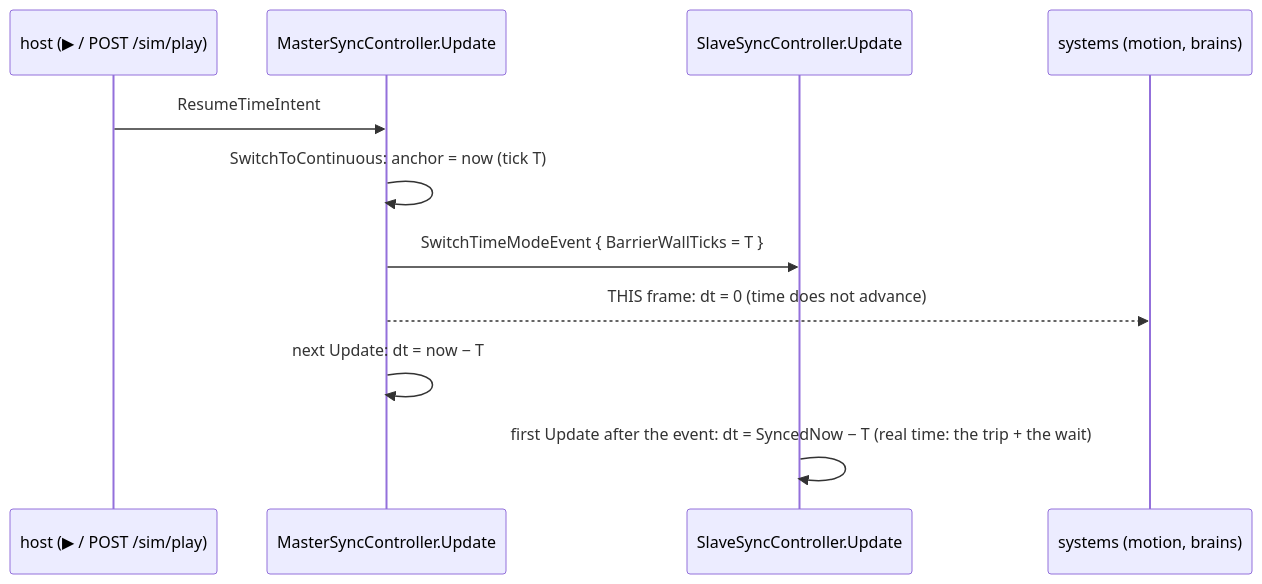
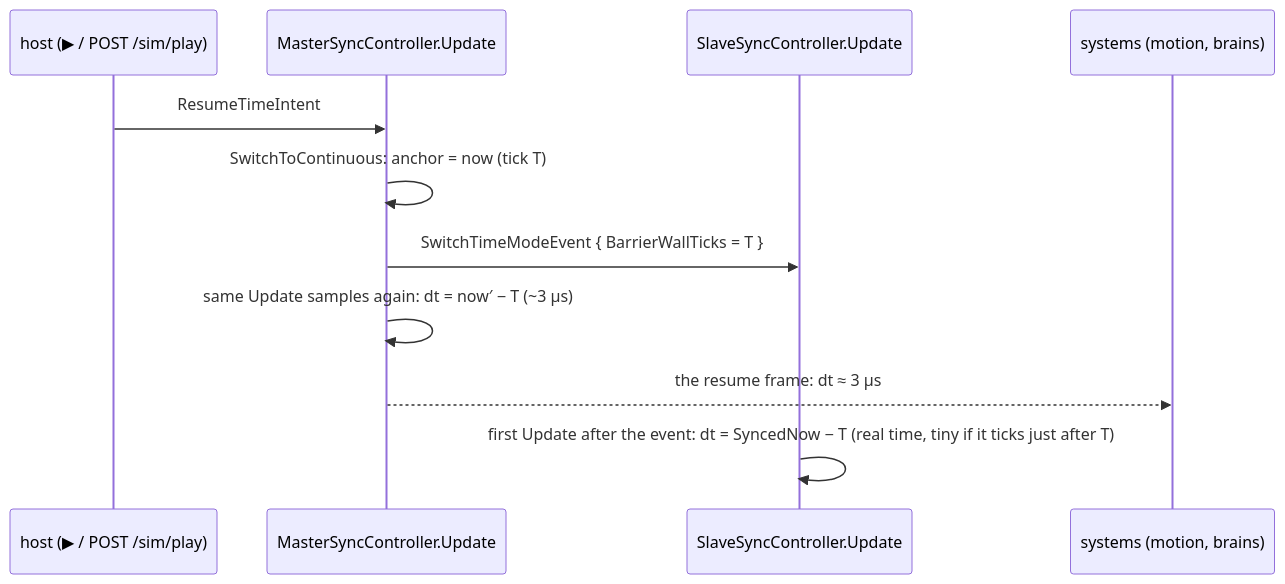
Diagram 27 of 27 in docs/blueprints/DESIGN_Time_Architecture.md (pjanec/HROT), drawn with Mermaid before and after one commit. The commit also changed other lines of this file and 3 other files, not shown here.

First line of the commit message:
CE-11057: revert the master clock's resume-frame change; park it as CE-4689 / CE-4690

````diff
--- a/docs/blueprints/DESIGN_Time_Architecture.md
+++ b/docs/blueprints/DESIGN_Time_Architecture.md
@@ -1868,13 +1868,13 @@
 ```mermaid
 sequenceDiagram
   participant H as host (▶ / POST /sim/play)
   participant M as MasterSyncController.Update
   participant S as SlaveSyncController.Update
   participant W as systems (motion, brains)
   H->>M: ResumeTimeIntent
   M->>M: SwitchToContinuous: anchor = now (tick T)
   M->>S: SwitchTimeModeEvent { BarrierWallTicks = T }
-  M-->>W: THIS frame: dt = 0 (time does not advance)
-  M->>M: next Update: dt = now − T
-  S->>S: first Update after the event: dt = SyncedNow − T (real time: the trip + the wait)
+  M->>M: same Update samples again: dt = now′ − T (~3 µs)
+  M-->>W: the resume frame: dt ≈ 3 µs
+  S->>S: first Update after the event: dt = SyncedNow − T (real time, tiny if it ticks just after T)
 ```
````
